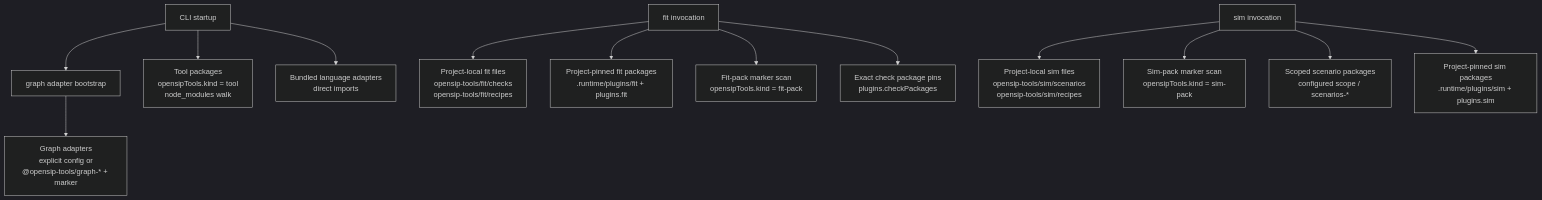
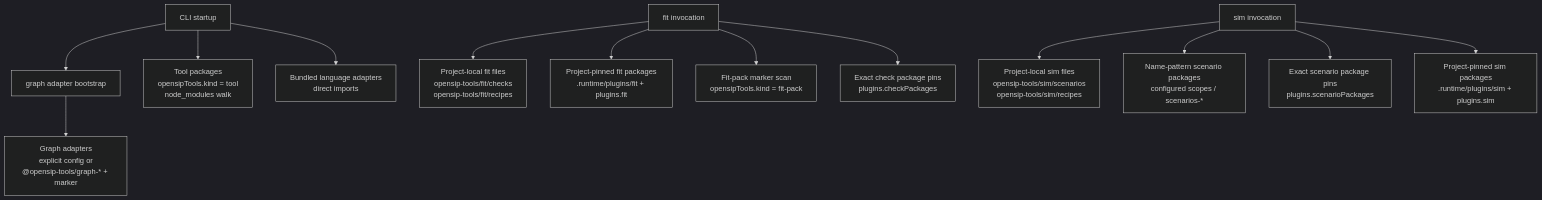
The diagram in docs/public/80-implementation/02-plugin-loader.md (opensip-ai/opensip-cli), drawn with Mermaid (dark theme) before and after one commit. The commit also changed 132 other files, not shown here.

````diff
--- a/docs/public/80-implementation/02-plugin-loader.md
+++ b/docs/public/80-implementation/02-plugin-loader.md
@@ -46,36 +46,36 @@
 ```mermaid
 flowchart TB
   Startup["CLI startup"]
   FitRun["fit invocation"]
   SimRun["sim invocation"]
   GraphStartup["graph adapter bootstrap"]
 
   Tools["Tool packages<br/>opensipTools.kind = tool<br/>node_modules walk"]
   Languages["Bundled language adapters<br/>direct imports"]
   GraphAdapters["Graph adapters<br/>explicit config or<br/>@opensip-tools/graph-* + marker"]
 
   FitLocal["Project-local fit files<br/>opensip-tools/fit/checks<br/>opensip-tools/fit/recipes"]
   FitPinned["Project-pinned fit packages<br/>.runtime/plugins/fit + plugins.fit"]
   FitMarker["Fit-pack marker scan<br/>opensipTools.kind = fit-pack"]
   FitExact["Exact check package pins<br/>plugins.checkPackages"]
 
   SimLocal["Project-local sim files<br/>opensip-tools/sim/scenarios<br/>opensip-tools/sim/recipes"]
-  SimMarker["Sim-pack marker scan<br/>opensipTools.kind = sim-pack"]
-  SimScope["Scoped scenario packages<br/>configured scope / scenarios-*"]
+  SimPattern["Name-pattern scenario packages<br/>configured scopes / scenarios-*"]
+  SimExact["Exact scenario package pins<br/>plugins.scenarioPackages"]
   SimPinned["Project-pinned sim packages<br/>.runtime/plugins/sim + plugins.sim"]
 
   Startup --> Tools
   Startup --> Languages
   Startup --> GraphStartup
   GraphStartup --> GraphAdapters
 
   FitRun --> FitLocal
   FitRun --> FitPinned
   FitRun --> FitMarker
   FitRun --> FitExact
 
   SimRun --> SimLocal
-  SimRun --> SimMarker
-  SimRun --> SimScope
+  SimRun --> SimPattern
+  SimRun --> SimExact
   SimRun --> SimPinned
 ```
````
